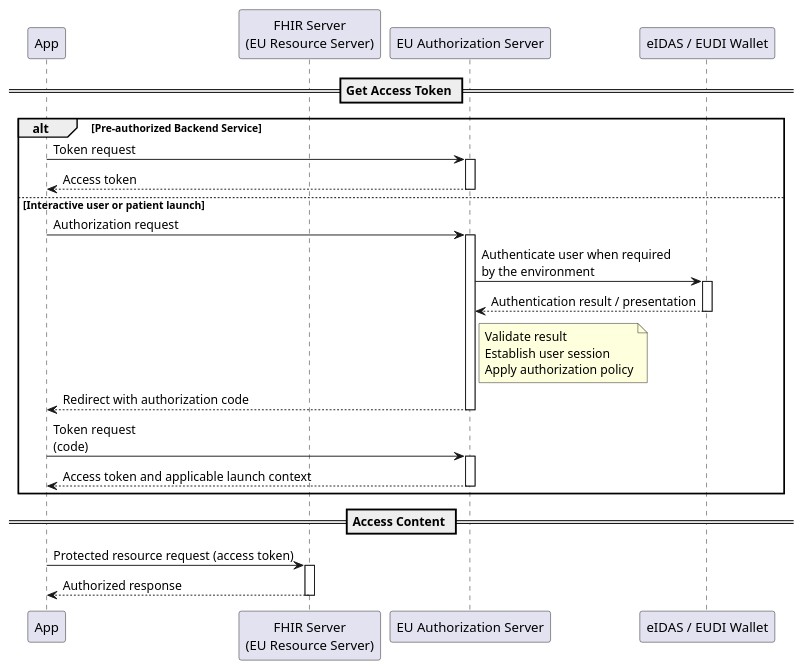
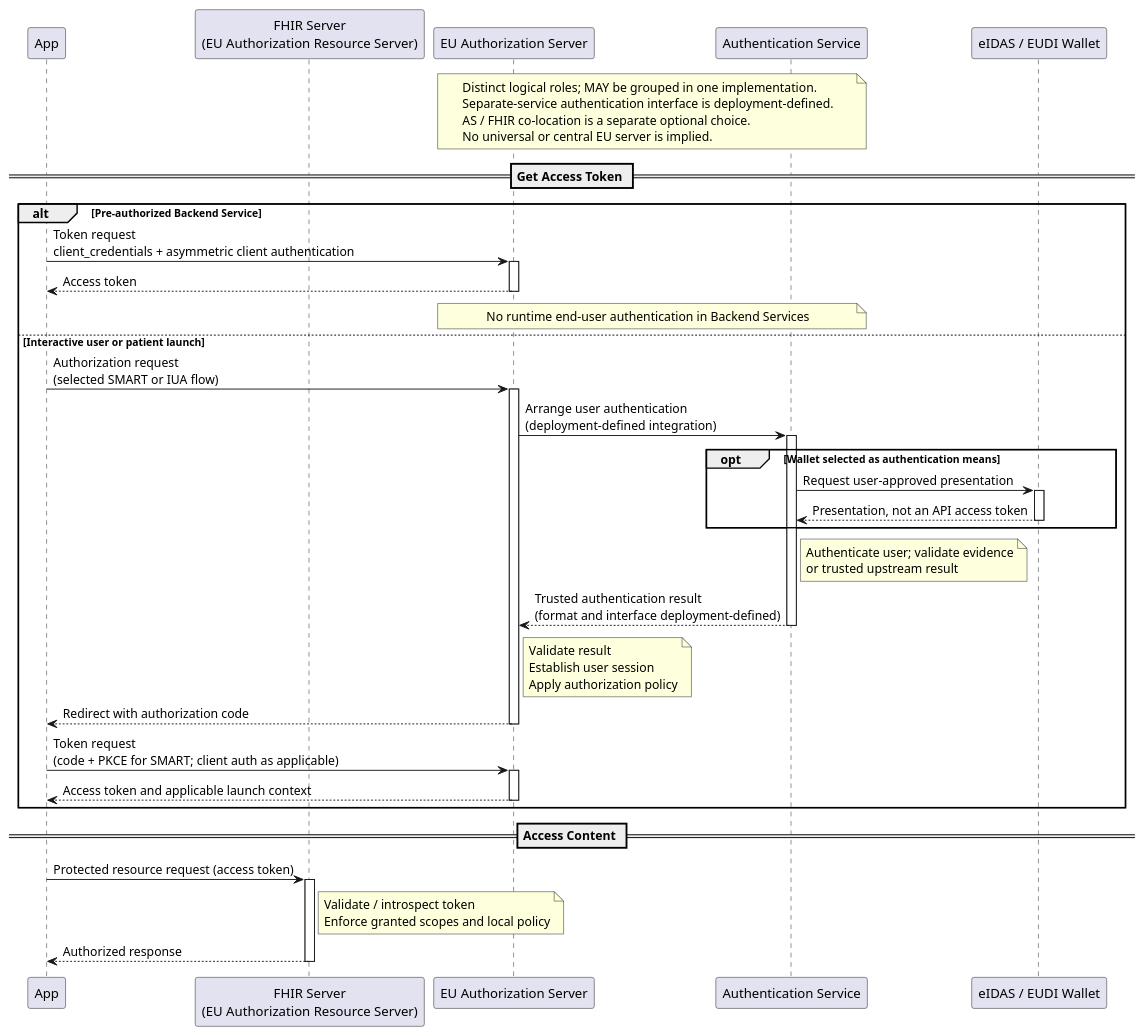
One commit to euridice-org/eu-health-data-api changed the diagram in input/images-source/authorization-eidas-sequence.plantuml. Above: the diagram before and after it, drawn with PlantUML. The commit also changed 21 other files, not shown here.

First line of the commit message:
Separate authentication and API authorization actors

```diff
--- a/input/images-source/authorization-eidas-sequence.plantuml
+++ b/input/images-source/authorization-eidas-sequence.plantuml
@@ -1,33 +1,48 @@
 @startuml authorization-eidas-sequence
 skinparam svgDimensionStyle false
 
 participant App
-participant "FHIR Server\n(EU Resource Server)" as FHIR
+participant "FHIR Server\n(EU Authorization Resource Server)" as FHIR
 participant "EU Authorization Server" as AS
+participant "Authentication Service" as AuthN
 participant "eIDAS / EUDI Wallet" as eIDAS
+
+note over AS, AuthN
+    Distinct logical roles; MAY be grouped in one implementation.
+    Separate-service authentication interface is deployment-defined.
+    AS / FHIR co-location is a separate optional choice.
+    No universal or central EU server is implied.
+end note
 
 == Get Access Token ==
 
 alt Pre-authorized Backend Service
-    App -> AS++: Token request
+    App -> AS++: Token request\nclient_credentials + asymmetric client authentication
     App <-- AS--: Access token
+    note over AS, AuthN: No runtime end-user authentication in Backend Services
 else Interactive user or patient launch
-    App -> AS++: Authorization request
-    AS -> eIDAS++: Authenticate user when required\nby the environment
-    AS <-- eIDAS--: Authentication result / presentation
+    App -> AS++: Authorization request\n(selected SMART or IUA flow)
+    AS -> AuthN++: Arrange user authentication\n(deployment-defined integration)
+    opt Wallet selected as authentication means
+        AuthN -> eIDAS++: Request user-approved presentation
+        AuthN <-- eIDAS--: Presentation, not an API access token
+    end
+    note right of AuthN: Authenticate user; validate evidence\nor trusted upstream result
+    AS <-- AuthN--: Trusted authentication result\n(format and interface deployment-defined)
     note right of AS
         Validate result
         Establish user session
         Apply authorization policy
     end note
     App <-- AS--: Redirect with authorization code
-    App -> AS++: Token request\n(code)
+    App -> AS++: Token request\n(code + PKCE for SMART; client auth as applicable)
     App <-- AS--: Access token and applicable launch context
 end
 
 == Access Content ==
 
 App -> FHIR++: Protected resource request (access token)
+note right of FHIR: Validate / introspect token\nEnforce granted scopes and local policy
 App <-- FHIR--: Authorized response
 
 @enduml
```
